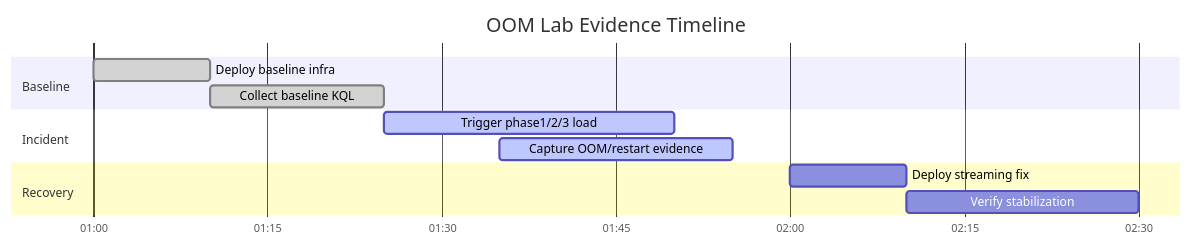
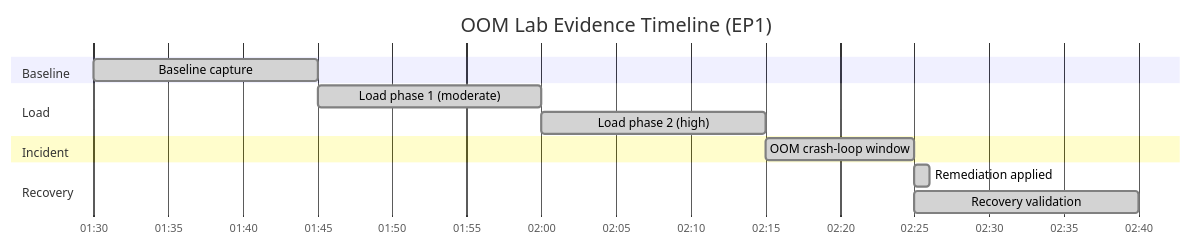
Before and after one commit to yeongseon/azure-functions-practical-guide: the third of 3 diagrams in docs/troubleshooting/lab-guides/out-of-memory-crash.md, drawn with Mermaid. The commit also changed other lines of this file and 21 other files, not shown here.

First line of the commit message:
feat: update all 9 lab guides with real Azure evidence and Oracle-reviewed KQL

````diff
--- a/docs/troubleshooting/lab-guides/out-of-memory-crash.md
+++ b/docs/troubleshooting/lab-guides/out-of-memory-crash.md
@@ -956,15 +532,16 @@
 ```mermaid
 gantt
-    title OOM Lab Evidence Timeline
+    title OOM Lab Evidence Timeline (EP1)
     dateFormat  HH:mm
     axisFormat  %H:%M
     section Baseline
-    Deploy baseline infra          :done, a1, 01:00, 10m
-    Collect baseline KQL           :done, a2, after a1, 15m
+    Baseline capture                :done, b1, 01:30, 15m
+    section Load
+    Load phase 1 (moderate)         :done, l1, 01:45, 15m
+    Load phase 2 (high)             :done, l2, 02:00, 15m
     section Incident
-    Trigger phase1/2/3 load        :active, b1, 01:25, 25m
-    Capture OOM/restart evidence   :active, b2, 01:35, 20m
+    OOM crash-loop window           :done, i1, 02:15, 10m
     section Recovery
-    Deploy streaming fix           :c1, 02:00, 10m
-    Verify stabilization           :c2, after c1, 20m
+    Remediation applied             :done, r1, 02:25, 1m
+    Recovery validation             :done, r2, 02:25, 15m
 ```
````
